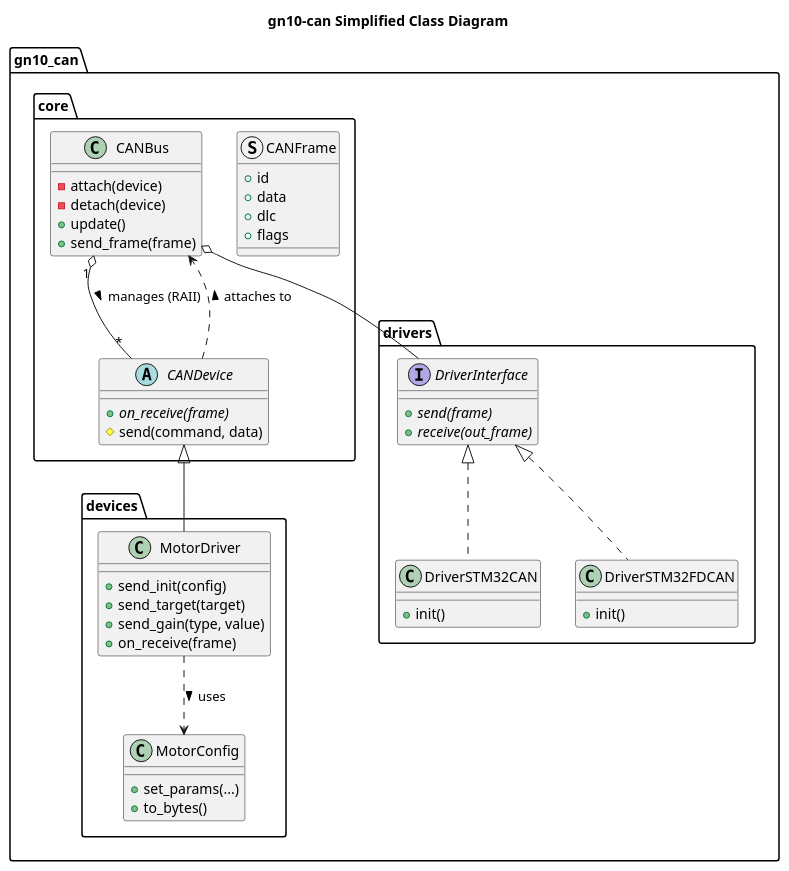
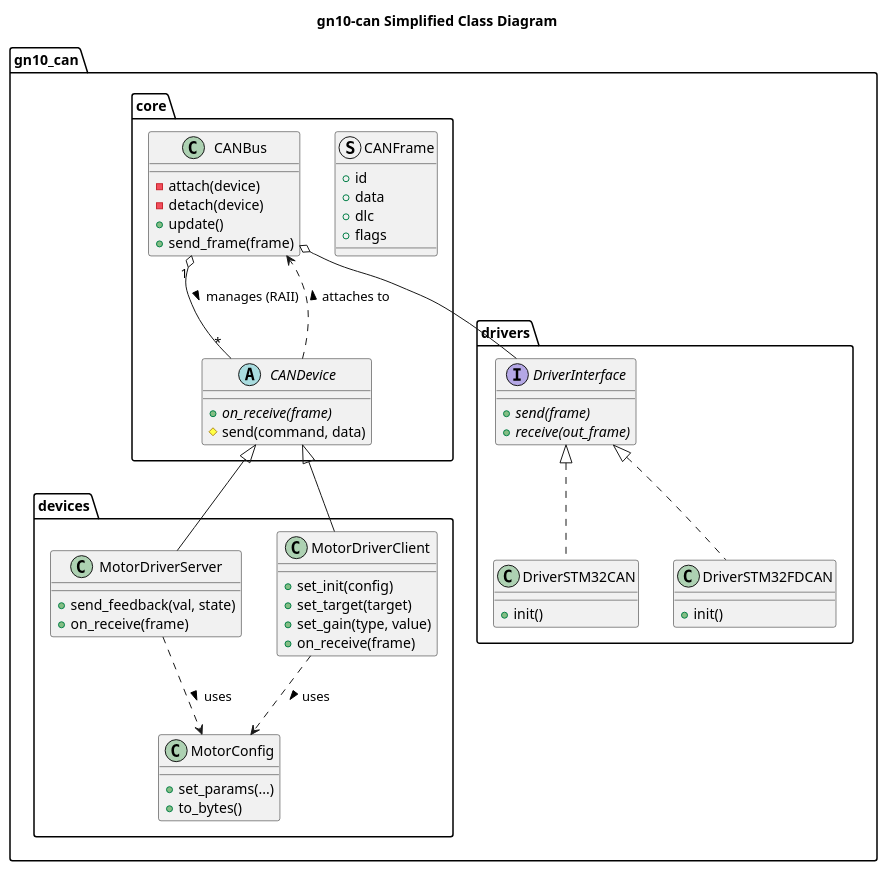
One commit to ararobo/GN10CANModels changed the diagram in uml/class_simplified.pu. Above: the diagram before and after it, drawn with PlantUML. The commit also changed 5 other files, not shown here.

Commit message:
update:uml and README to match current class structure

```diff
--- a/uml/class_simplified.pu
+++ b/uml/class_simplified.pu
@@ -1,66 +1,73 @@
 @startuml class_diagram_simplified
 title gn10-can Simplified Class Diagram
 
 namespace gn10_can {
 
     namespace core {
         struct CANFrame {
             + id
             + data
             + dlc
             + flags
         }
 
         class CANBus {
             - attach(device)
             - detach(device)
             + update()
             + send_frame(frame)
         }
 
         abstract class CANDevice {
             + {abstract} on_receive(frame)
             # send(command, data)
         }
     }
 
     namespace drivers {
         interface DriverInterface {
             + {abstract} send(frame)
             + {abstract} receive(out_frame)
         }
 
         class DriverSTM32CAN {
             + init()
         }
 
         class DriverSTM32FDCAN {
             + init()
         }
     }
 
     namespace devices {
-        class MotorDriver {
-            + send_init(config)
-            + send_target(target)
-            + send_gain(type, value)
+        class MotorDriverClient {
+            + set_init(config)
+            + set_target(target)
+            + set_gain(type, value)
+            + on_receive(frame)
+        }
+
+        class MotorDriverServer {
+            + send_feedback(val, state)
             + on_receive(frame)
         }
 
         class MotorConfig {
             + set_params(...)
             + to_bytes()
         }
     }
 
     core.CANBus o-- drivers.DriverInterface
     core.CANBus "1" o-- "*" core.CANDevice : manages (RAII) >
-    core.CANDevice <|-- devices.MotorDriver
+    core.CANDevice <|-- devices.MotorDriverClient
+    core.CANDevice <|-- devices.MotorDriverServer
     core.CANDevice ..> core.CANBus : attaches to >
-    devices.MotorDriver ..> devices.MotorConfig : uses >
+    devices.MotorDriverClient ..> devices.MotorConfig : uses >
+    devices.MotorDriverServer ..> devices.MotorConfig : uses >
 
     drivers.DriverInterface <|.. drivers.DriverSTM32CAN
     drivers.DriverInterface <|.. drivers.DriverSTM32FDCAN
 }
 
 @enduml
```
